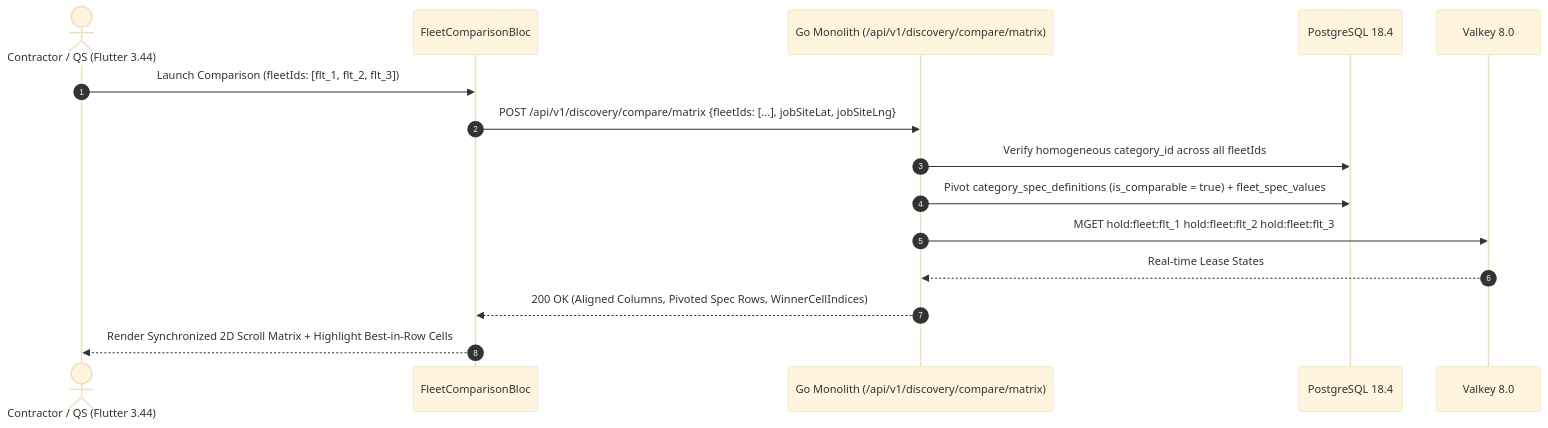
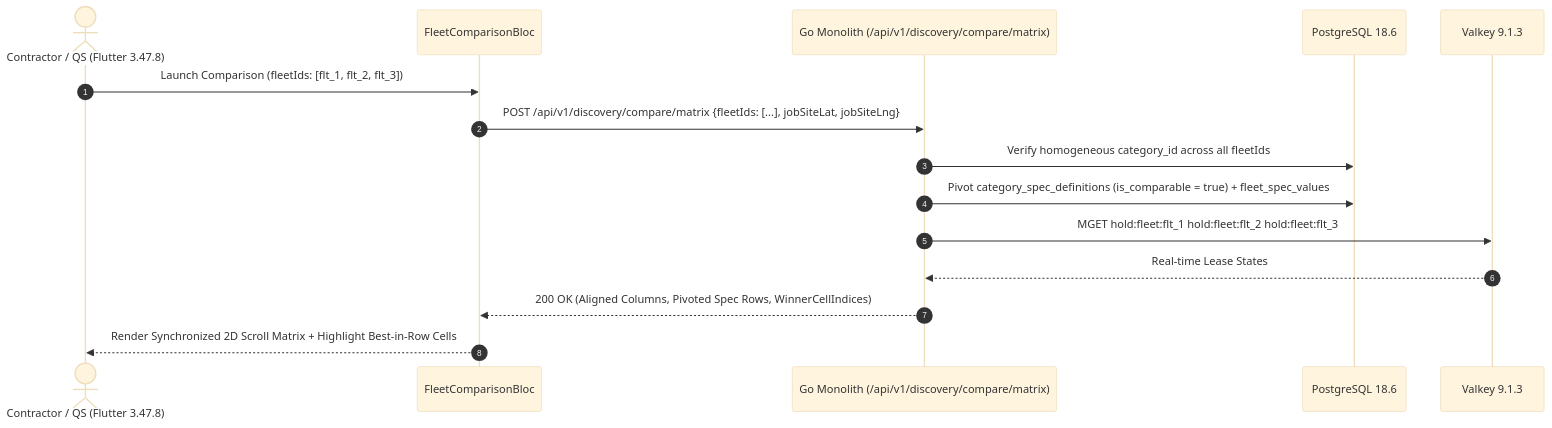
One commit to YDink/Heavy-Machinery-Logistics-Rental changed the second of 2 diagrams in docs/mobile/renter-experience/05-side-by-side-comparison.md. Above: the diagram before and after it, drawn with Mermaid (base theme). The commit also changed other lines of this file and 212 other files, not shown here.

````diff
--- a/docs/mobile/renter-experience/05-side-by-side-comparison.md
+++ b/docs/mobile/renter-experience/05-side-by-side-comparison.md
@@ -106,18 +106,18 @@
 ```mermaid
 sequenceDiagram
     autonumber
-    actor Renter as Contractor / QS (Flutter 3.44)
+    actor Renter as Contractor / QS (Flutter 3.47.8)
     participant CmpBloc as FleetComparisonBloc
     participant API as Go Monolith (/api/v1/discovery/compare/matrix)
-    participant PG as PostgreSQL 18.4
-    participant Valkey as Valkey 8.0
+    participant PG as PostgreSQL 18.6
+    participant Valkey as Valkey 9.1.3
 
     Renter->>CmpBloc: Launch Comparison (fleetIds: [flt_1, flt_2, flt_3])
     CmpBloc->>API: POST /api/v1/discovery/compare/matrix {fleetIds: [...], jobSiteLat, jobSiteLng}
     API->>PG: Verify homogeneous category_id across all fleetIds
     API->>PG: Pivot category_spec_definitions (is_comparable = true) + fleet_spec_values
     API->>Valkey: MGET hold:fleet:flt_1 hold:fleet:flt_2 hold:fleet:flt_3
     Valkey-->>API: Real-time Lease States
     API-->>CmpBloc: 200 OK (Aligned Columns, Pivoted Spec Rows, WinnerCellIndices)
     CmpBloc-->>Renter: Render Synchronized 2D Scroll Matrix + Highlight Best-in-Row Cells
 ```
````
